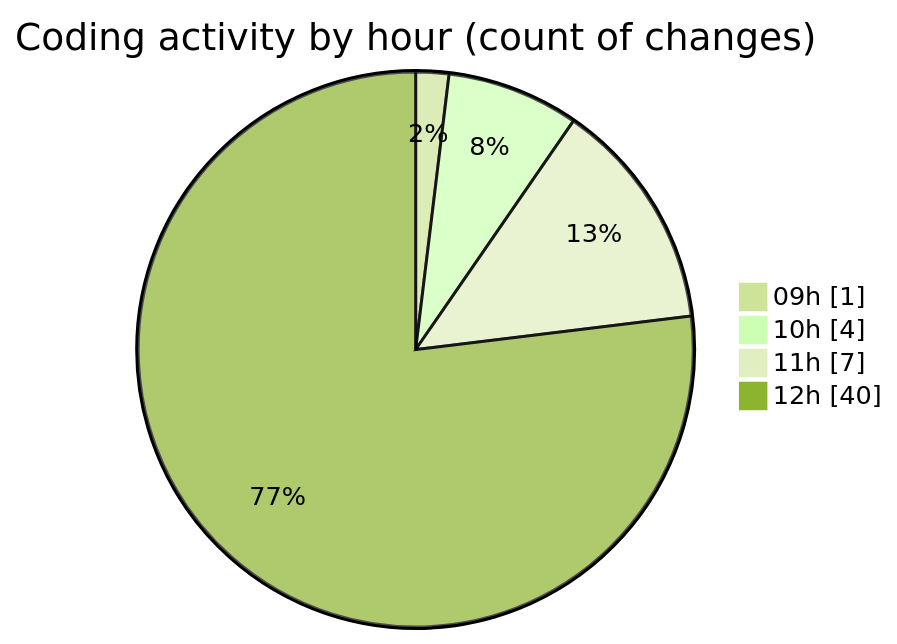
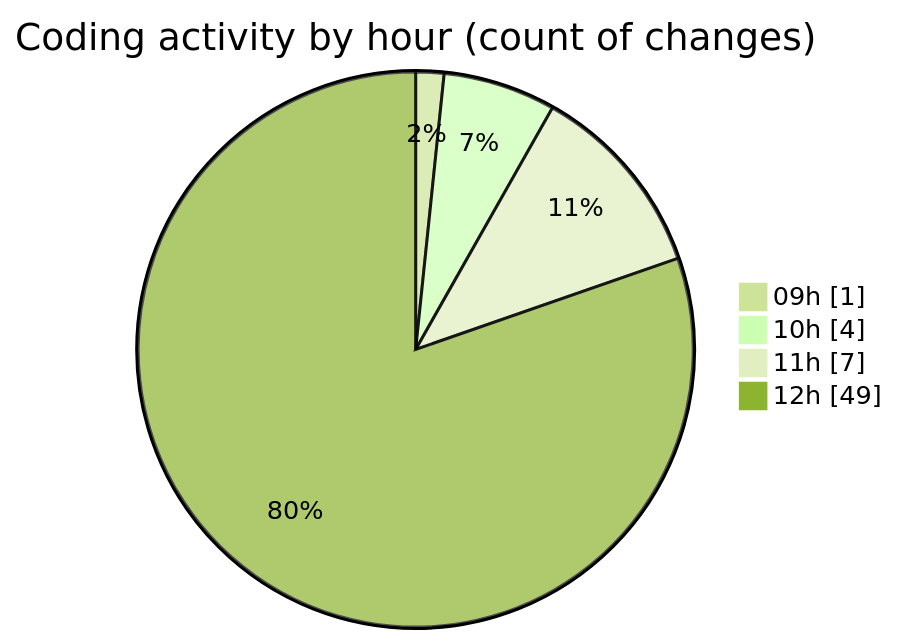
One commit to momahboobian/code-tracking changed the second of 2 diagrams in 2025-04-07/cda/README.md. Above: the diagram before and after it, drawn with Mermaid (forest theme). The commit also changed other lines of this file and 1 other file, not shown here.

````diff
--- a/2025-04-07/cda/README.md
+++ b/2025-04-07/cda/README.md
@@ -35,8 +35,8 @@
 ```mermaid
 pie showData
 title Coding activity by hour (count of changes)
 "09h" : 1
 "10h" : 4
 "11h" : 7
-"12h" : 40
+"12h" : 49
 ```
````
